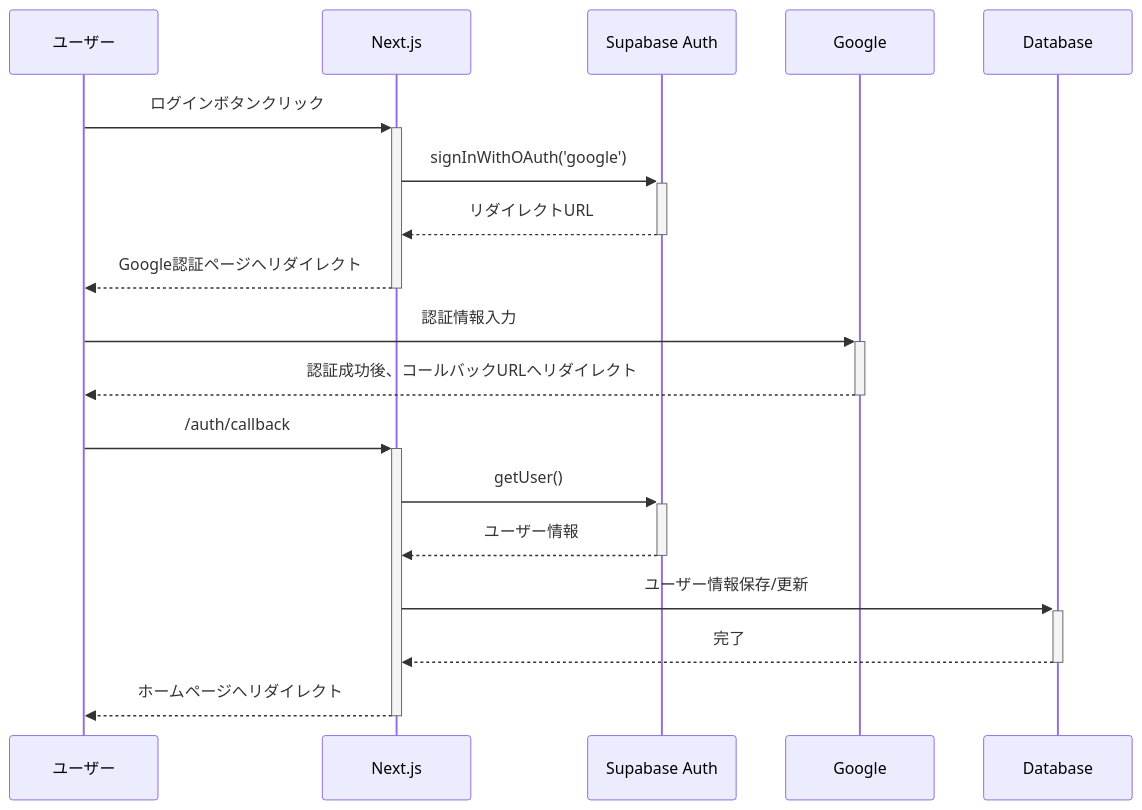
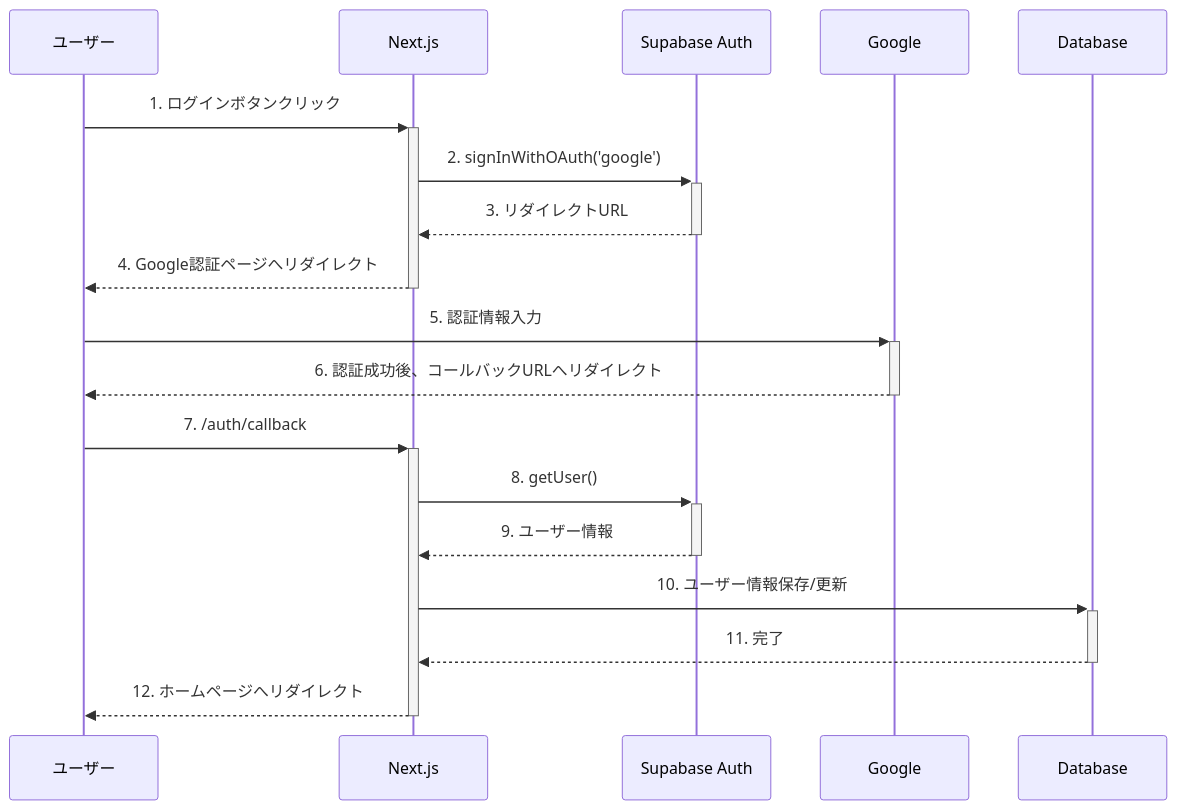
One commit to nyan-tama/katamari changed the diagram in 資料/詳細設計/セキュリティ詳細設計書.md. Above: the diagram before and after it, drawn with Mermaid. The commit also changed other lines of this file and 20 other files, not shown here.

````diff
--- a/資料/詳細設計/セキュリティ詳細設計書.md
+++ b/資料/詳細設計/セキュリティ詳細設計書.md
@@ -17,15 +17,15 @@
 ```mermaid
 sequenceDiagram
-    ユーザー->>+Next.js: ログインボタンクリック
-    Next.js->>+Supabase Auth: signInWithOAuth('google')
-    Supabase Auth-->>-Next.js: リダイレクトURL
-    Next.js-->>-ユーザー: Google認証ページへリダイレクト
-    ユーザー->>+Google: 認証情報入力
-    Google-->>-ユーザー: 認証成功後、コールバックURLへリダイレクト
-    ユーザー->>+Next.js: /auth/callback
-    Next.js->>+Supabase Auth: getUser()
-    Supabase Auth-->>-Next.js: ユーザー情報
-    Next.js->>+Database: ユーザー情報保存/更新
-    Database-->>-Next.js: 完了
-    Next.js-->>-ユーザー: ホームページへリダイレクト
+    ユーザー->>+Next.js: 1. ログインボタンクリック
+    Next.js->>+Supabase Auth: 2. signInWithOAuth('google')
+    Supabase Auth-->>-Next.js: 3. リダイレクトURL
+    Next.js-->>-ユーザー: 4. Google認証ページへリダイレクト
+    ユーザー->>+Google: 5. 認証情報入力
+    Google-->>-ユーザー: 6. 認証成功後、コールバックURLへリダイレクト
+    ユーザー->>+Next.js: 7. /auth/callback
+    Next.js->>+Supabase Auth: 8. getUser()
+    Supabase Auth-->>-Next.js: 9. ユーザー情報
+    Next.js->>+Database: 10. ユーザー情報保存/更新
+    Database-->>-Next.js: 11. 完了
+    Next.js-->>-ユーザー: 12. ホームページへリダイレクト
 ```
````
